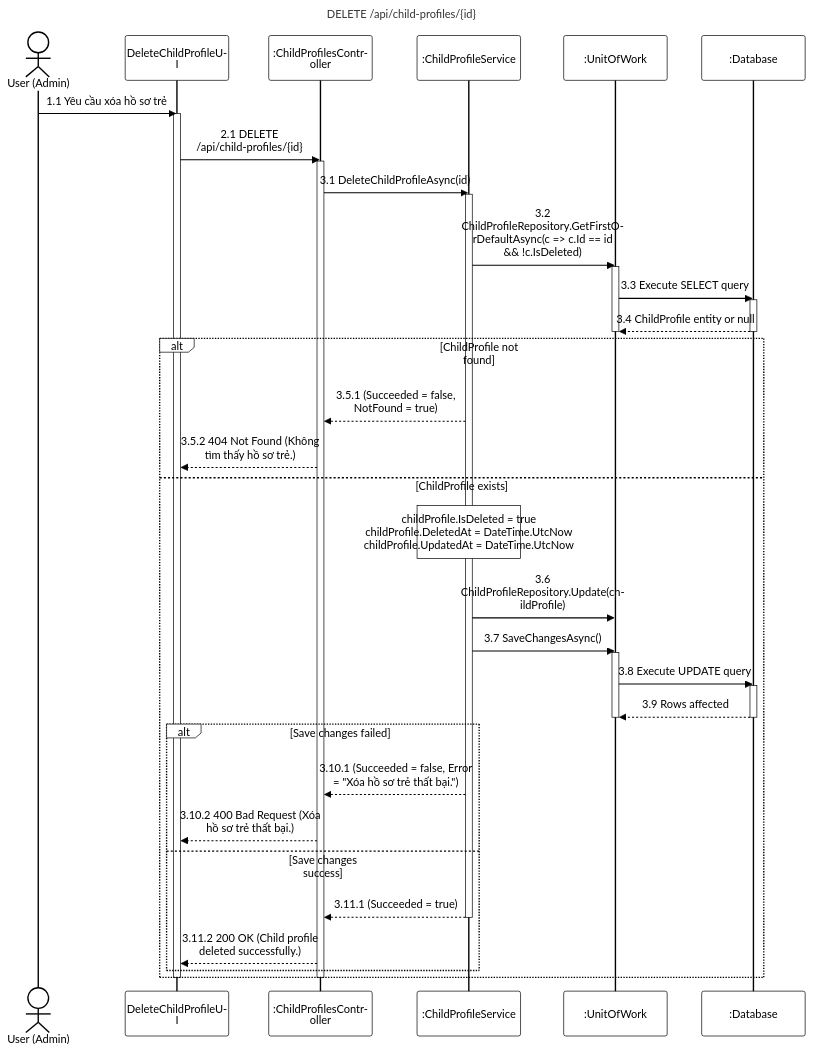
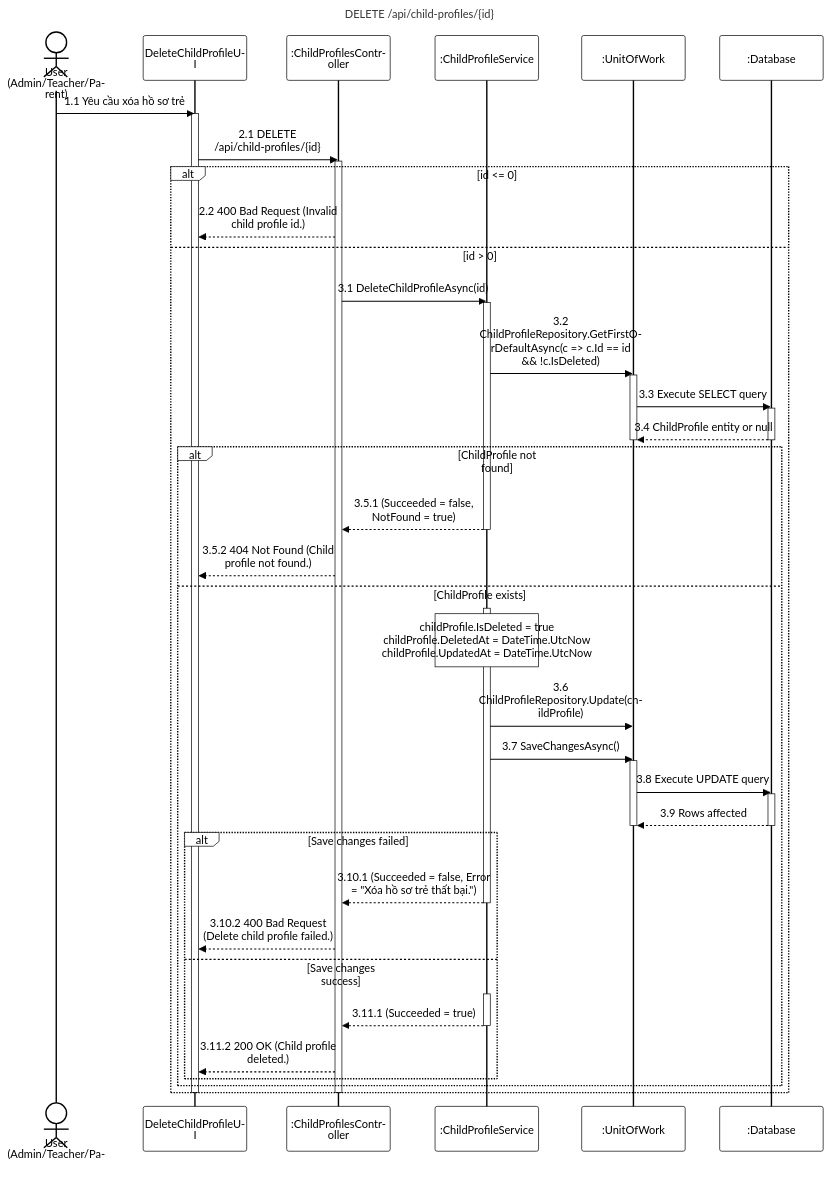
One commit to PhucAnDev/docx-diagram changed the diagram in 06-child-profile-enrollment/sequence-diagram/apis/delete-child-profile.mmd. Above: the diagram before and after it, drawn with Mermaid. The commit also changed 3 other files, not shown here.

Commit message:
fix: update get-list-child-profiles.mmd and delete-child-profile.mmd with correct actors, validations, and activations

```diff
--- a/06-child-profile-enrollment/sequence-diagram/apis/delete-child-profile.mmd
+++ b/06-child-profile-enrollment/sequence-diagram/apis/delete-child-profile.mmd
@@ -1,52 +1,60 @@
 %%{init: {'theme':'base', 'themeVariables': {'actorBkg':'#ffffff','actorBorder':'#000000','actorTextColor':'#000000','actorLineColor':'#000000','signalColor':'#000000','signalTextColor':'#000000','labelBoxBkgColor':'#ffffff','labelBoxBorderColor':'#000000','labelTextColor':'#000000','loopTextColor':'#000000','noteBkgColor':'#ffffff','noteBorderColor':'#000000','noteTextColor':'#000000','activationBorderColor':'#000000','activationBkgColor':'#ffffff','sequenceNumberColor':'#000000'}, 'sequence': {'width':150,'height':65,'actorFontSize':16,'messageFontSize':16,'wrap':true,'wrapPadding':10}}}%%
 sequenceDiagram
     title DELETE /api/child-profiles/{id}
-    actor User as User (Admin)
+    actor User as User (Admin/Teacher/Parent)
     participant UI as DeleteChildProfileUI
     participant Endpoint as :ChildProfilesController
     participant Service as :ChildProfileService
     participant DB as :UnitOfWork
     participant Database as :Database
 
     User->>UI: 1.1 Yêu cầu xóa hồ sơ trẻ
     activate UI
     UI->>Endpoint: 2.1 DELETE /api/child-profiles/{id}
     activate Endpoint
 
-    Endpoint->>Service: 3.1 DeleteChildProfileAsync(id)
-    activate Service
+    alt id <= 0
+        Endpoint-->>UI: 2.2 400 Bad Request (Invalid child profile id.)
+    else id > 0
+        Endpoint->>Service: 3.1 DeleteChildProfileAsync(id)
+        activate Service
 
-    Service->>DB: 3.2 ChildProfileRepository.GetFirstOrDefaultAsync(c => c.Id == id && !c.IsDeleted)
-    activate DB
-    DB->>Database: 3.3 Execute SELECT query
-    activate Database
-    Database-->>DB: 3.4 ChildProfile entity or null
-    deactivate Database
-    deactivate DB
-
-    alt ChildProfile not found
-        Service-->>Endpoint: 3.5.1 (Succeeded = false, NotFound = true)
-        Endpoint-->>UI: 3.5.2 404 Not Found (Không tìm thấy hồ sơ trẻ.)
-    else ChildProfile exists
-        note over Service: childProfile.IsDeleted = true<br/>childProfile.DeletedAt = DateTime.UtcNow<br/>childProfile.UpdatedAt = DateTime.UtcNow
-        
-        Service->>DB: 3.6 ChildProfileRepository.Update(childProfile)
-        Service->>DB: 3.7 SaveChangesAsync()
+        Service->>DB: 3.2 ChildProfileRepository.GetFirstOrDefaultAsync(c => c.Id == id && !c.IsDeleted)
         activate DB
-        DB->>Database: 3.8 Execute UPDATE query
+        DB->>Database: 3.3 Execute SELECT query
         activate Database
-        Database-->>DB: 3.9 Rows affected
+        Database-->>DB: 3.4 ChildProfile entity or null
         deactivate Database
         deactivate DB
 
-        alt Save changes failed
-            Service-->>Endpoint: 3.10.1 (Succeeded = false, Error = "Xóa hồ sơ trẻ thất bại.")
-            Endpoint-->>UI: 3.10.2 400 Bad Request (Xóa hồ sơ trẻ thất bại.)
-        else Save changes success
-            Service-->>Endpoint: 3.11.1 (Succeeded = true)
+        alt ChildProfile not found
+            Service-->>Endpoint: 3.5.1 (Succeeded = false, NotFound = true)
             deactivate Service
-            Endpoint-->>UI: 3.11.2 200 OK (Child profile deleted successfully.)
+            Endpoint-->>UI: 3.5.2 404 Not Found (Child profile not found.)
+        else ChildProfile exists
+            activate Service
+            note over Service: childProfile.IsDeleted = true<br/>childProfile.DeletedAt = DateTime.UtcNow<br/>childProfile.UpdatedAt = DateTime.UtcNow
+            
+            Service->>DB: 3.6 ChildProfileRepository.Update(childProfile)
+            Service->>DB: 3.7 SaveChangesAsync()
+            activate DB
+            DB->>Database: 3.8 Execute UPDATE query
+            activate Database
+            Database-->>DB: 3.9 Rows affected
+            deactivate Database
+            deactivate DB
+
+            alt Save changes failed
+                Service-->>Endpoint: 3.10.1 (Succeeded = false, Error = "Xóa hồ sơ trẻ thất bại.")
+                deactivate Service
+                Endpoint-->>UI: 3.10.2 400 Bad Request (Delete child profile failed.)
+            else Save changes success
+                activate Service
+                Service-->>Endpoint: 3.11.1 (Succeeded = true)
+                deactivate Service
+                Endpoint-->>UI: 3.11.2 200 OK (Child profile deleted.)
+            end
         end
     end
     deactivate Endpoint
     deactivate UI
```
